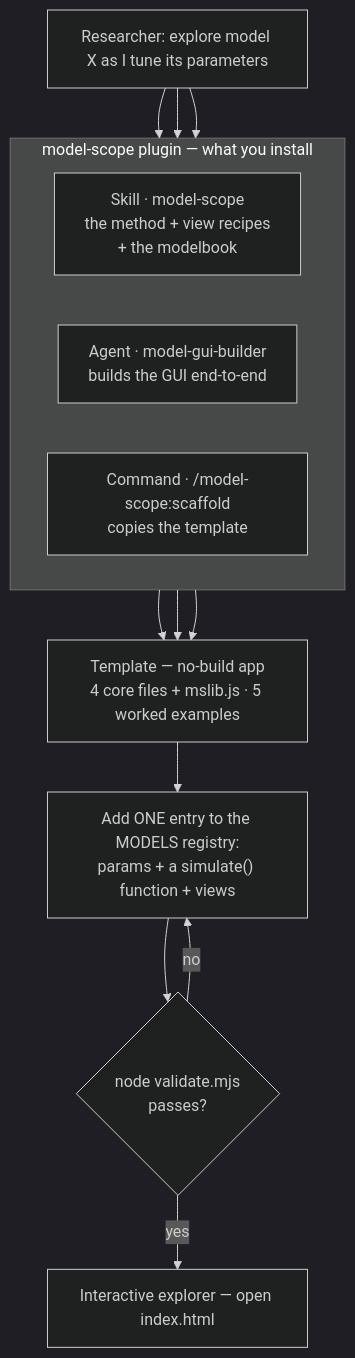
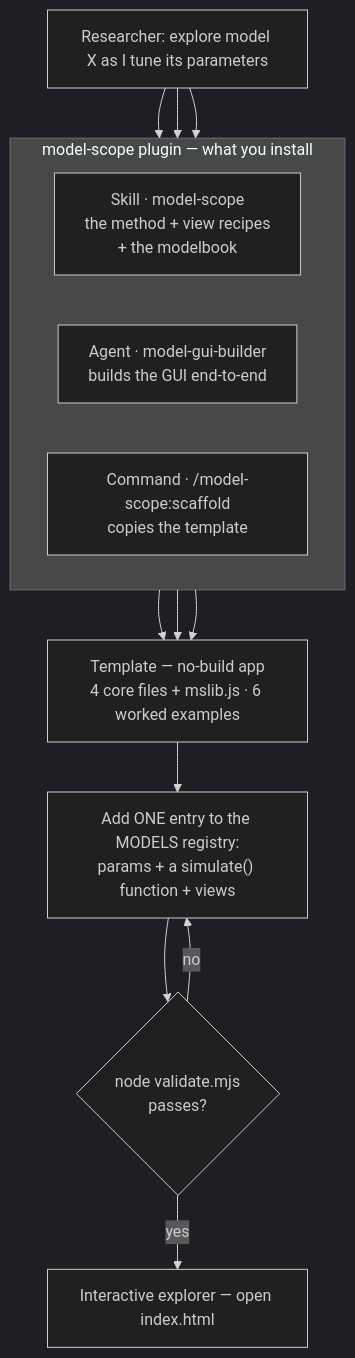
One commit to Joonoh991119/model-scope changed the third of 4 diagrams in README.md. Above: the diagram before and after it, drawn with Mermaid (dark theme). The commit also changed other lines of this file and 8 other files, not shown here.

````diff
--- a/README.md
+++ b/README.md
@@ -80,27 +114,27 @@
 ```mermaid
 flowchart TB
     R["Researcher: explore model X as I tune its parameters"]
 
     subgraph PLUGIN["model-scope plugin — what you install"]
       direction LR
       SKILL["Skill · model-scope<br/>the method + view recipes<br/>+ the modelbook"]
       AGENT["Agent · model-gui-builder<br/>builds the GUI end-to-end"]
       CMD["Command · /model-scope:scaffold<br/>copies the template"]
     end
 
-    TPL["Template — no-build app<br/>4 core files + mslib.js · 5 worked examples"]
+    TPL["Template — no-build app<br/>4 core files + mslib.js · 6 worked examples"]
     EDIT["Add ONE entry to the MODELS registry:<br/>params + a simulate() function + views"]
     VAL{"node validate.mjs<br/>passes?"}
     APP["Interactive explorer — open index.html"]
 
     R --> SKILL
     R --> AGENT
     R --> CMD
     SKILL --> TPL
     AGENT --> TPL
     CMD --> TPL
     TPL --> EDIT
     EDIT --> VAL
     VAL -->|no| EDIT
     VAL -->|yes| APP
 ```
````
